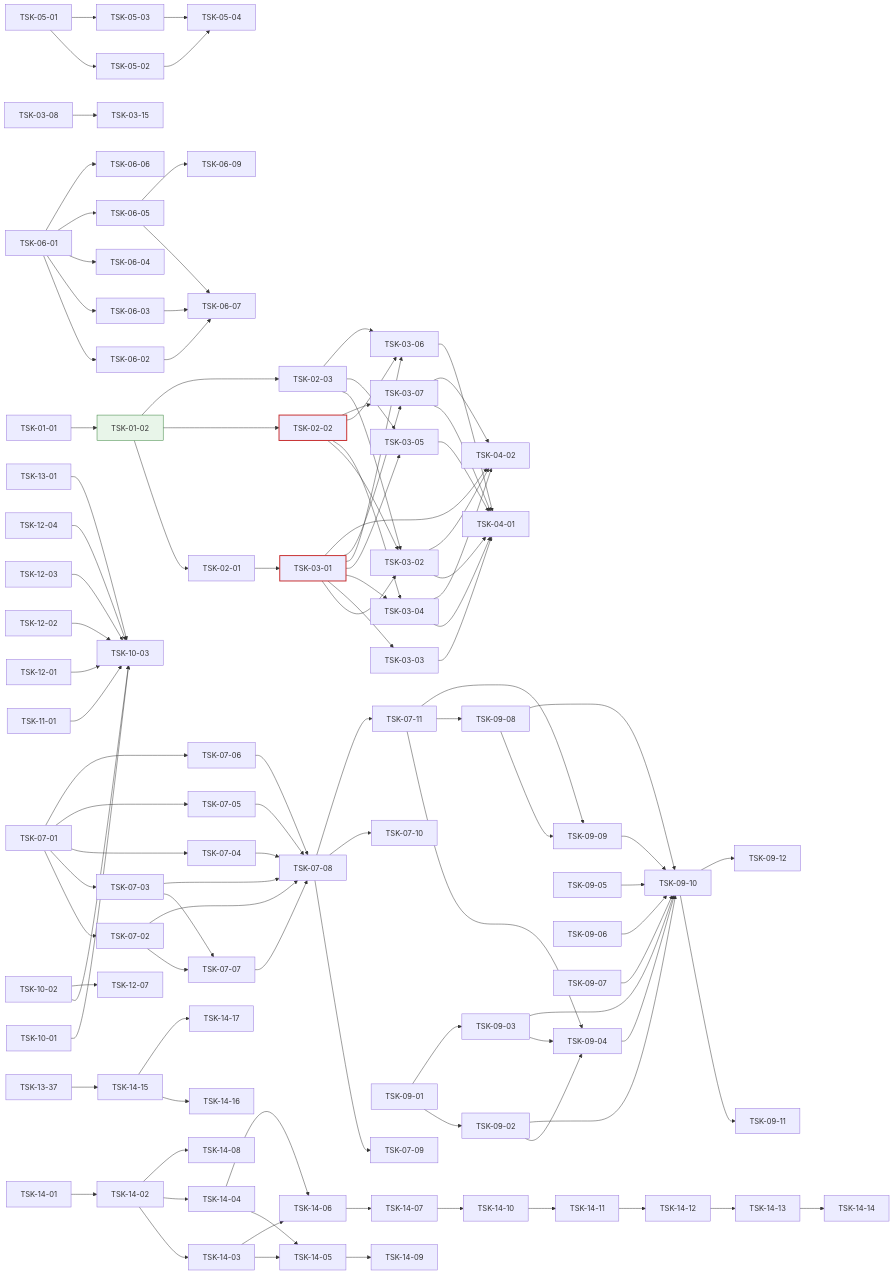
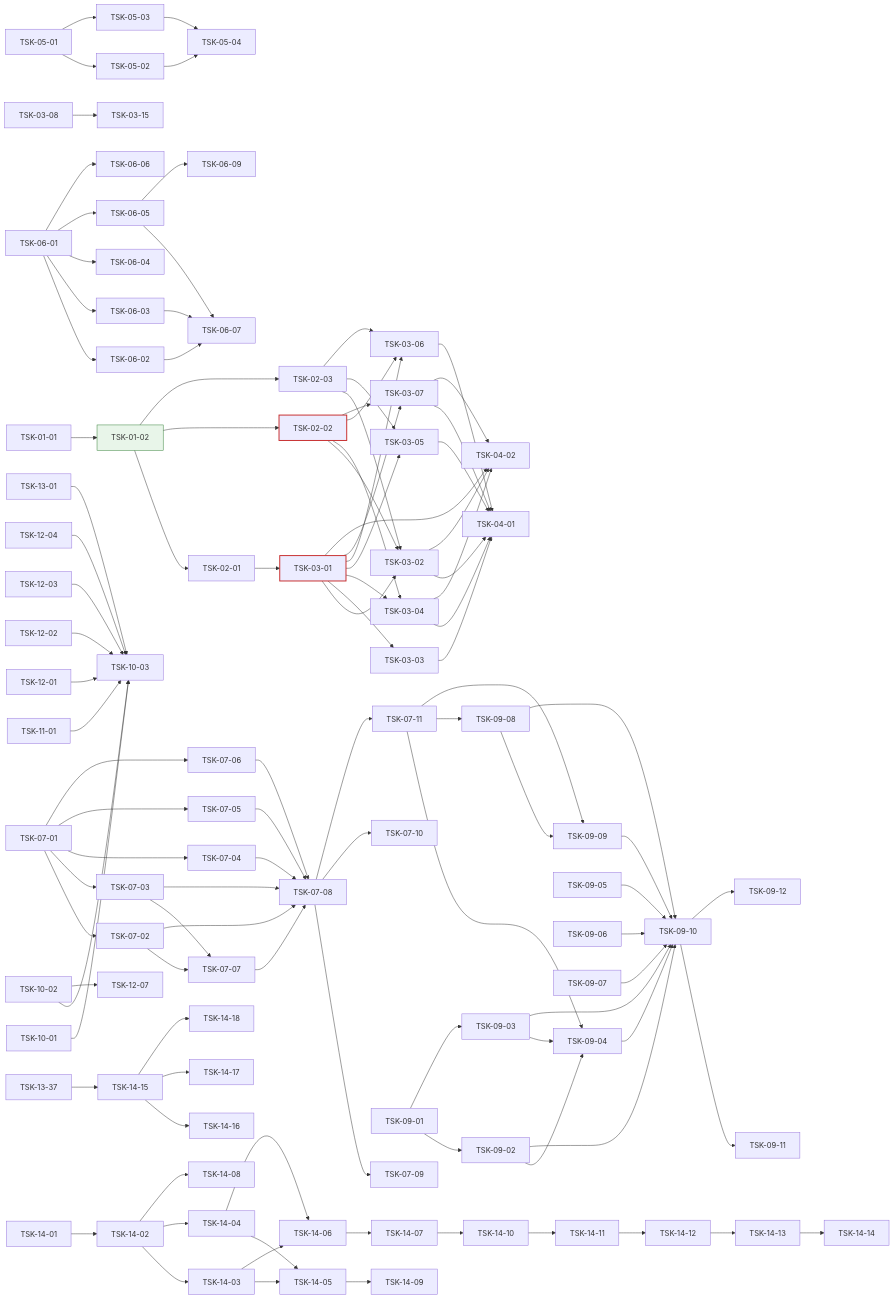
The diagram in docs/oranda1/wbs.md (jongik-sv/oranda), drawn with Mermaid before and after one commit. The commit also changed other lines of this file and 17 other files, not shown here.

```diff
--- a/docs/oranda1/wbs.md
+++ b/docs/oranda1/wbs.md
@@ -1263,6 +1275,7 @@
   TSK-13-37 --> TSK-14-15
   TSK-14-15 --> TSK-14-16
   TSK-14-15 --> TSK-14-17
+  TSK-14-15 --> TSK-14-18
   style TSK-01-02 fill:#e8f5e9,stroke:#2e7d32
   style TSK-03-01 stroke:#c62828,stroke-width:2px
   style TSK-02-02 stroke:#c62828,stroke-width:2px
```
